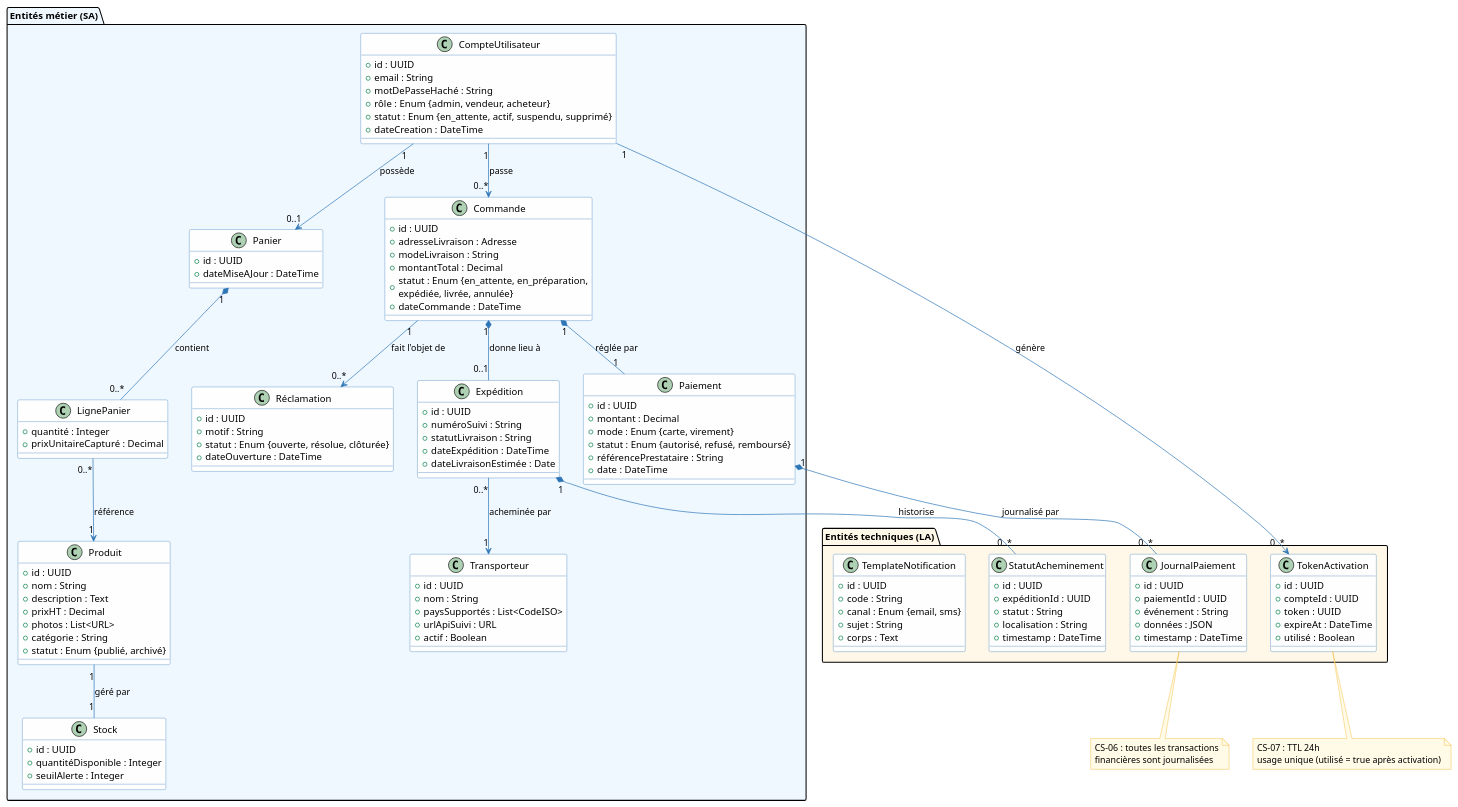
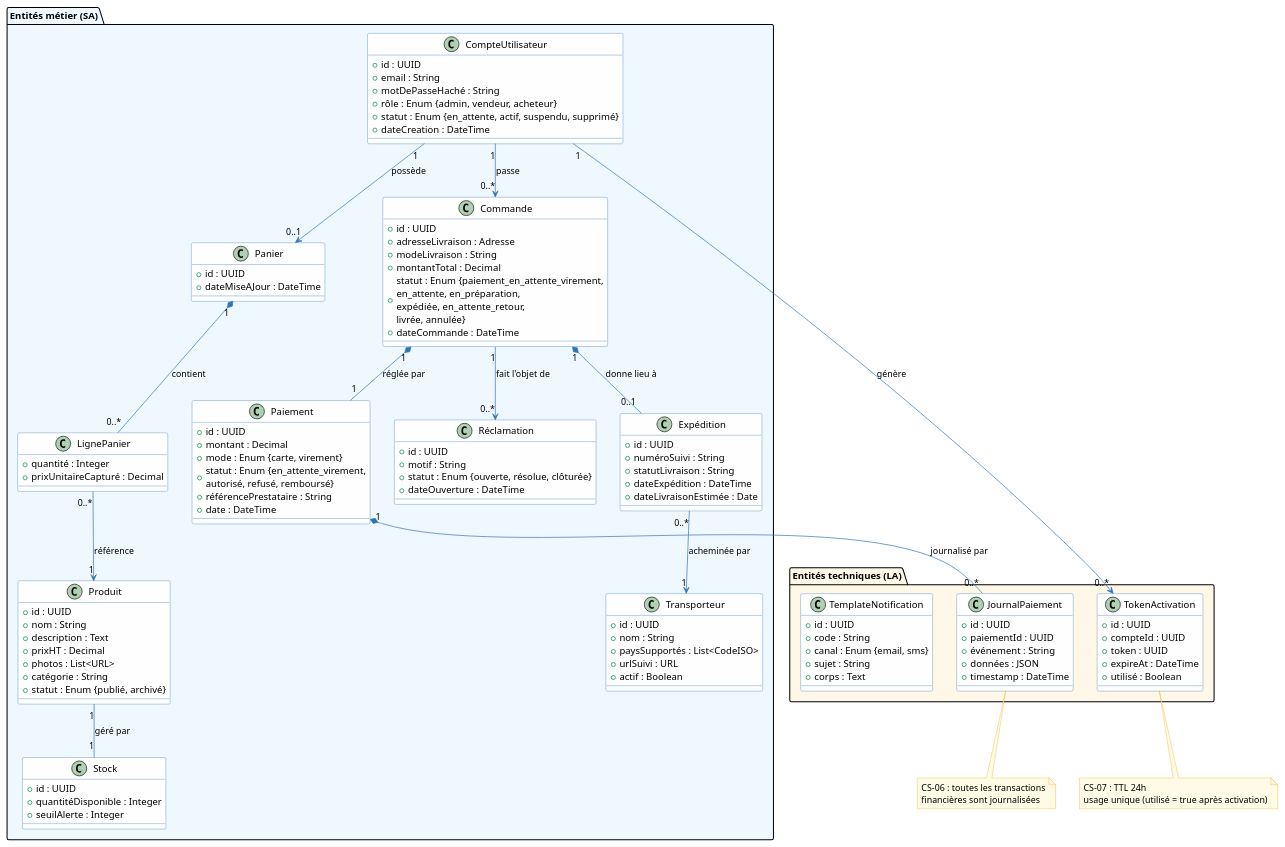
One commit to louistalvande/online_shop changed the seventh of 7 diagrams in architecture/03-logical-architecture/la.adoc. Above: the diagram before and after it, drawn with PlantUML. The commit also changed other lines of this file and 4 other files, not shown here.

```diff
--- a/architecture/03-logical-architecture/la.adoc
+++ b/architecture/03-logical-architecture/la.adoc
@@ -595,7 +619,7 @@
     + adresseLivraison : Adresse
     + modeLivraison : String
     + montantTotal : Decimal
-    + statut : Enum {en_attente, en_préparation,\nexpédiée, livrée, annulée}
+    + statut : Enum {paiement_en_attente_virement,\nen_attente, en_préparation,\nexpédiée, en_attente_retour,\nlivrée, annulée}
     + dateCommande : DateTime
   }
 
@@ -603,7 +627,7 @@
     + id : UUID
     + montant : Decimal
     + mode : Enum {carte, virement}
-    + statut : Enum {autorisé, refusé, remboursé}
+    + statut : Enum {en_attente_virement,\nautorisé, refusé, remboursé}
     + référencePrestataire : String
     + date : DateTime
   }
@@ -620,7 +644,7 @@
     + id : UUID
     + nom : String
     + paysSupportés : List<CodeISO>
-    + urlApiSuivi : URL
+    + urlSuivi : URL
     + actif : Boolean
   }
 
@@ -650,14 +674,6 @@
     + timestamp : DateTime
   }
 
-  class StatutAcheminement {
-    + id : UUID
-    + expéditionId : UUID
-    + statut : String
-    + localisation : String
-    + timestamp : DateTime
-  }
-
   class TemplateNotification {
     + id : UUID
     + code : String
@@ -677,7 +693,6 @@
 Commande "1" *-- "0..1" Expédition : donne lieu à
 Commande "1" --> "0..*" Réclamation : fait l'objet de
 Expédition "0..*" --> "1" Transporteur : acheminée par
-Expédition "1" *-- "0..*" StatutAcheminement : historise
 Paiement "1" *-- "0..*" JournalPaiement : journalisé par
 
 note bottom of TokenActivation
```
